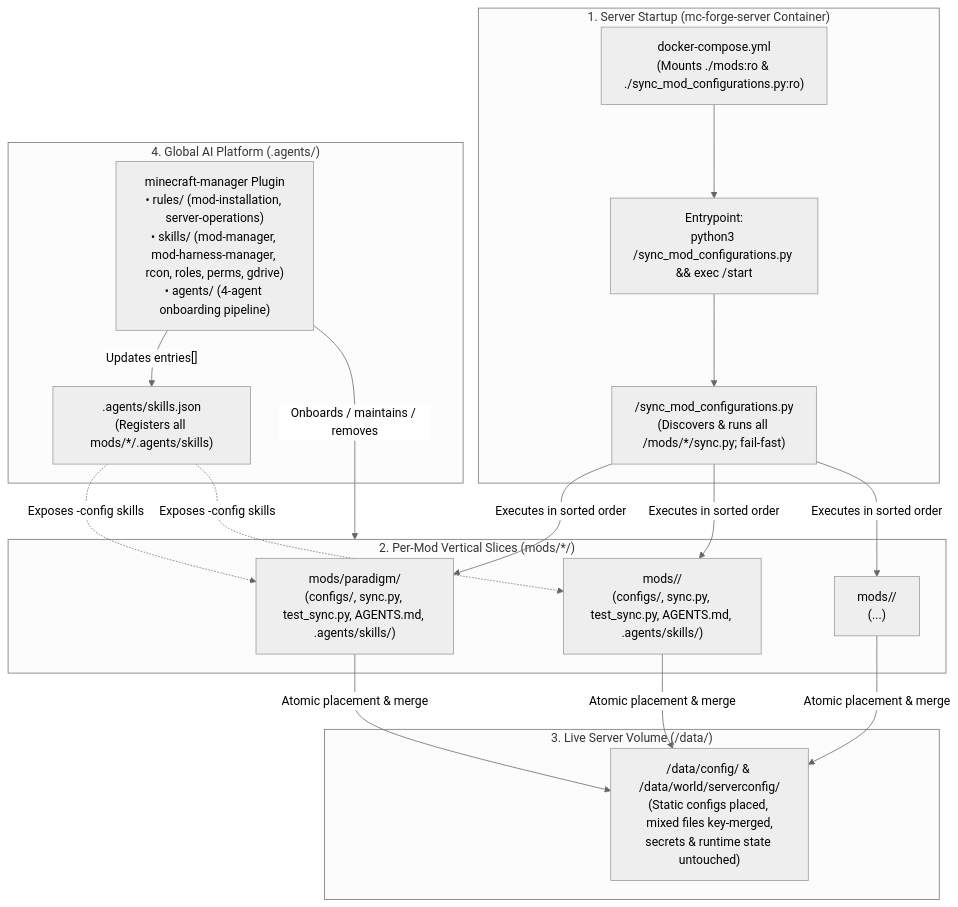
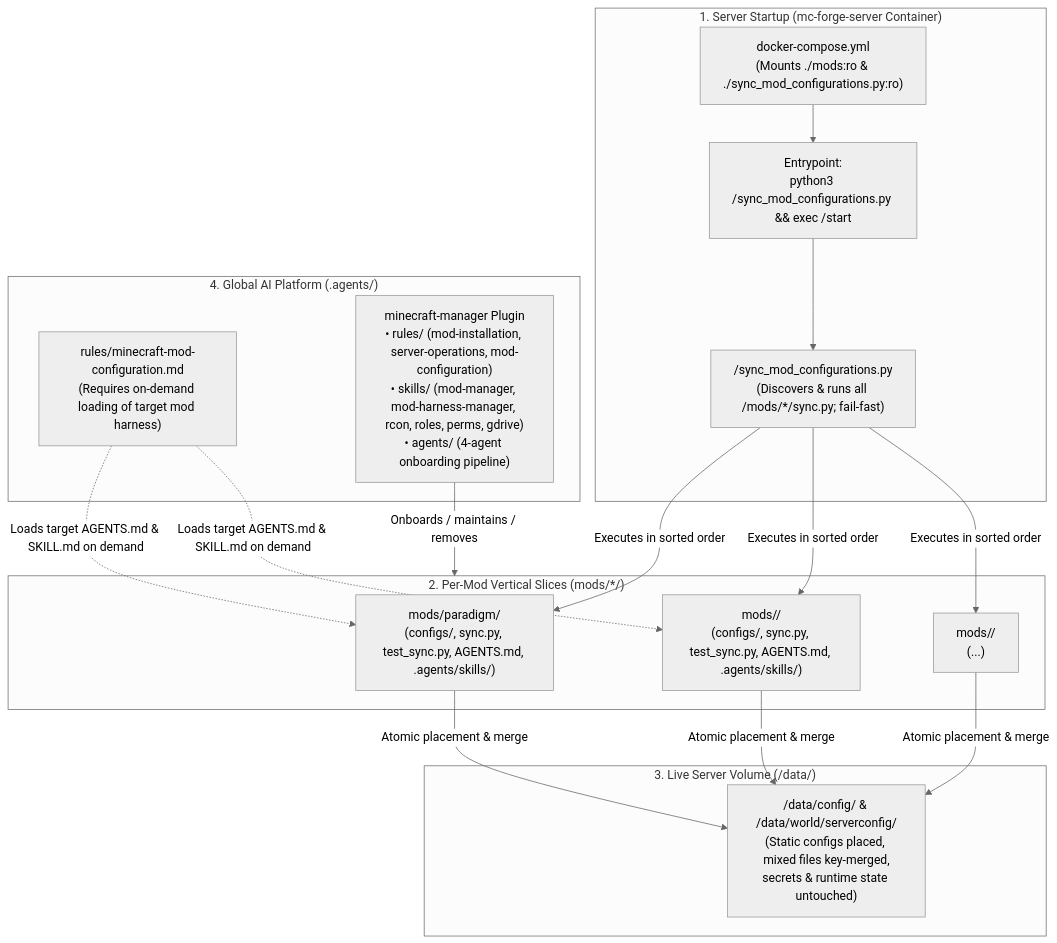
The diagram in docs/dev/minecraft_mod_harness_config_tdd.md (intelligentRaji/minecraft-server), drawn with Mermaid (neutral theme) before and after one commit. The commit also changed other lines of this file and 6 other files, not shown here.

Commit message:
docs(agents): enforce on-demand mod harness loading and deduplicate pipeline

````diff
--- a/docs/dev/minecraft_mod_harness_config_tdd.md
+++ b/docs/dev/minecraft_mod_harness_config_tdd.md
@@ -28,37 +28,36 @@
 ```mermaid
 flowchart TD
     subgraph ContainerBoot["1. Server Startup (mc-forge-server Container)"]
         Compose["docker-compose.yml\n(Mounts ./mods:ro & ./sync_mod_configurations.py:ro)"]
         Entrypoint["Entrypoint:\npython3 /sync_mod_configurations.py && exec /start"]
         RootSync["/sync_mod_configurations.py\n(Discovers & runs all /mods/*/sync.py; fail-fast)"]
         Compose --> Entrypoint --> RootSync
     end
 
     subgraph ModSlices["2. Per-Mod Vertical Slices (mods/*/)"]
         ModA["mods/paradigm/\n(configs/, sync.py, test_sync.py, AGENTS.md, .agents/skills/)"]
         ModB["mods/<mod-b>/\n(configs/, sync.py, test_sync.py, AGENTS.md, .agents/skills/)"]
         ModN["mods/<mod-n>/\n(...)"]
     end
 
     subgraph RuntimeVolume["3. Live Server Volume (/data/)"]
         DataDir["/data/config/ & /data/world/serverconfig/\n(Static configs placed, mixed files key-merged,\nsecrets & runtime state untouched)"]
     end
 
     subgraph GlobalAI["4. Global AI Platform (.agents/)"]
-        SkillsJSON[".agents/skills.json\n(Registers all mods/*/.agents/skills)"]
-        Plugin["minecraft-manager Plugin\n• rules/ (mod-installation, server-operations)\n• skills/ (mod-manager, mod-harness-manager, rcon, roles, perms, gdrive)\n• agents/ (4-agent onboarding pipeline)"]
+        ModConfigRule["rules/minecraft-mod-configuration.md\n(Requires on-demand loading of target mod harness)"]
+        Plugin["minecraft-manager Plugin\n• rules/ (mod-installation, server-operations, mod-configuration)\n• skills/ (mod-manager, mod-harness-manager, rcon, roles, perms, gdrive)\n• agents/ (4-agent onboarding pipeline)"]
     end
 
     RootSync -->|"Executes in sorted order"| ModA
     RootSync -->|"Executes in sorted order"| ModB
     RootSync -->|"Executes in sorted order"| ModN
 
     ModA -->|"Atomic placement & merge"| DataDir
     ModB -->|"Atomic placement & merge"| DataDir
     ModN -->|"Atomic placement & merge"| DataDir
 
-    SkillsJSON -.->|"Exposes <slug>-config skills"| ModA
-    SkillsJSON -.->|"Exposes <slug>-config skills"| ModB
+    ModConfigRule -.->|"Loads target AGENTS.md & SKILL.md on demand"| ModA
+    ModConfigRule -.->|"Loads target AGENTS.md & SKILL.md on demand"| ModB
     Plugin -->|"Onboards / maintains / removes"| ModSlices
-    Plugin -->|"Updates entries[]"| SkillsJSON
 ```
````
